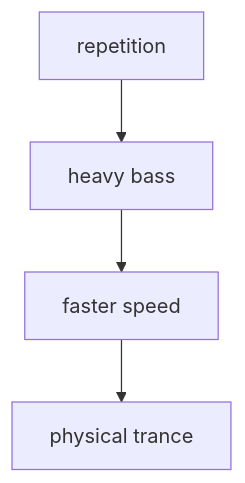
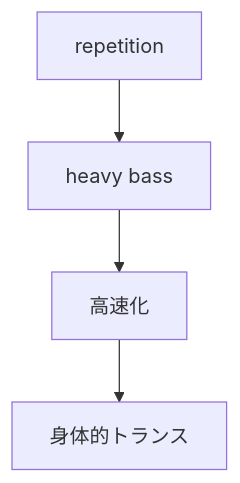
One commit to monumental-movement/monumental-movement.github.io changed the fourth of 6 diagrams in en/_posts/2026-04-18-column-hawkwind.md. Above: the diagram before and after it, drawn with Mermaid. The commit also changed other lines of this file and 497 other files, not shown here.

```diff
--- a/en/_posts/2026-04-18-column-hawkwind.md
+++ b/en/_posts/2026-04-18-column-hawkwind.md
@@ -144,6 +144,6 @@
 <div class="mermaid">
 graph TD
 A[repetition] --> B[heavy bass]
-B --> C[faster speed]
-C --> D[physical trance]
+B --> C[高速化]
+C --> D[身体的トランス]
 </div>
```
